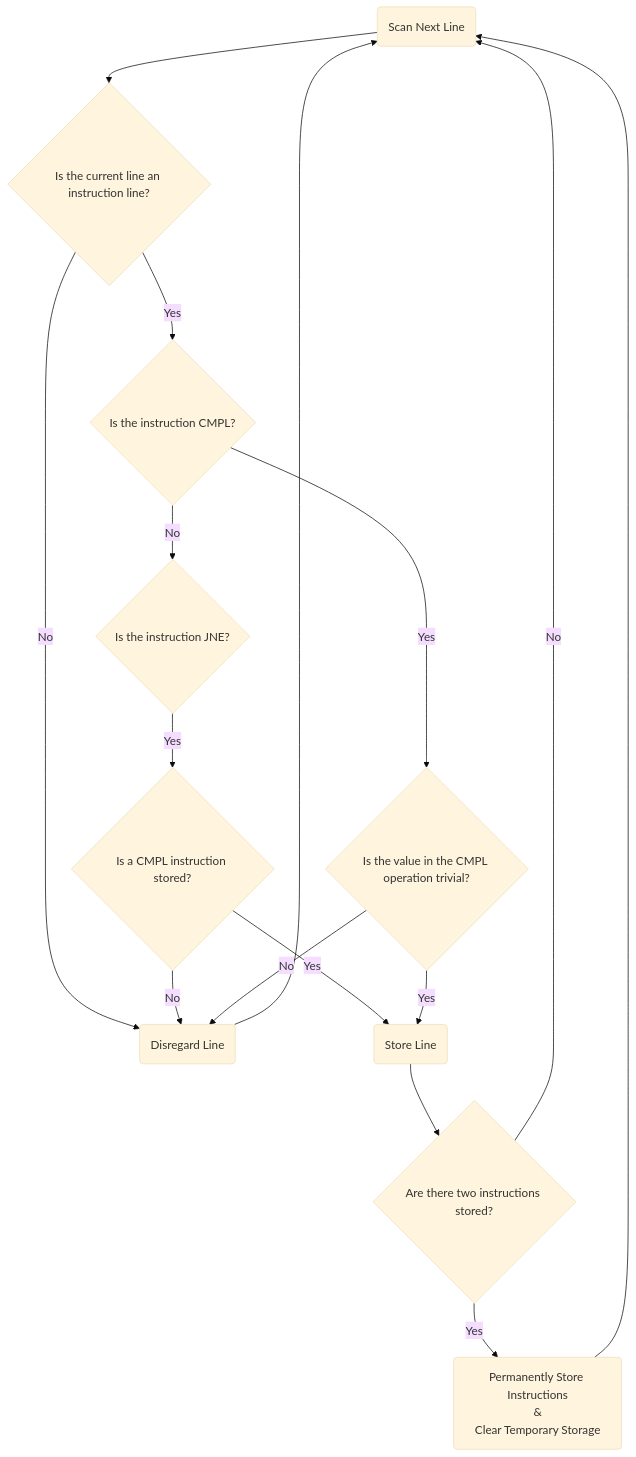
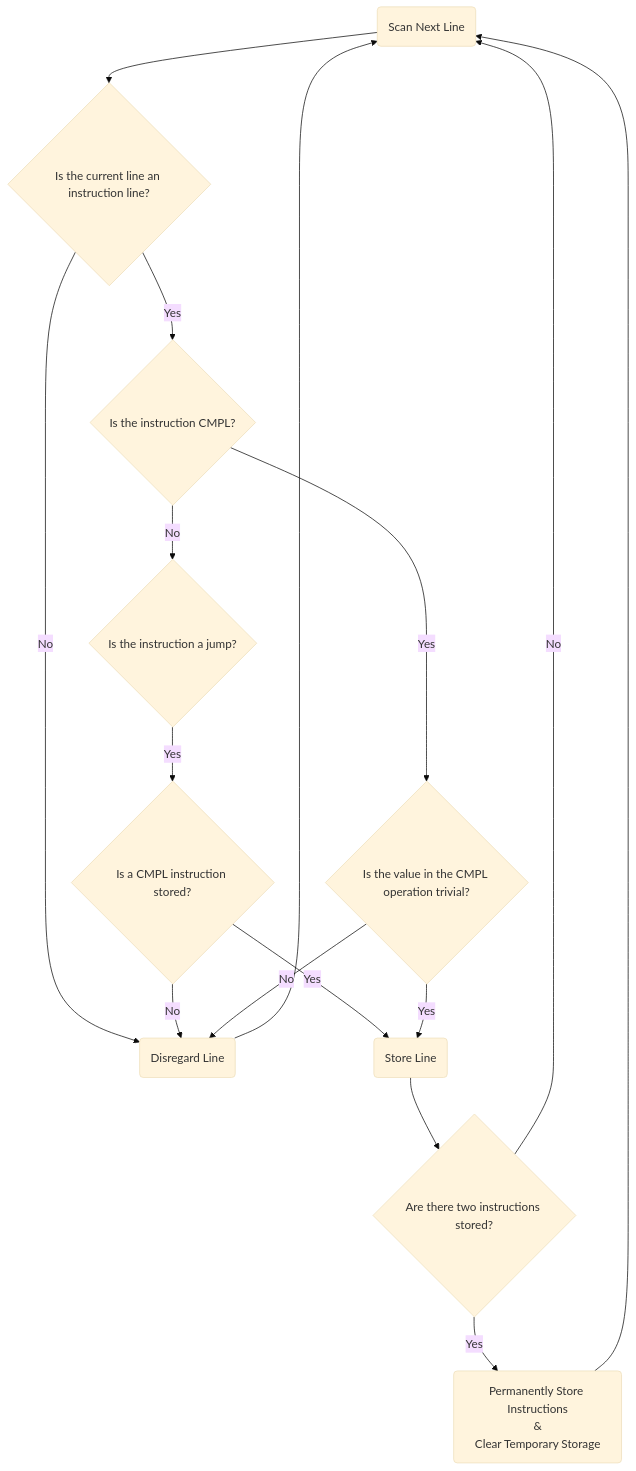
Before and after one commit to UCdasec/FaultArm: the second of 2 diagrams in docs/branch_detection.md, drawn with Mermaid (base theme). The commit also changed other lines of this file, not shown here.

````diff
--- a/docs/branch_detection.md
+++ b/docs/branch_detection.md
@@ -186,32 +192,32 @@
 ```mermaid
 flowchart TD
 
 Read_Line("Scan Next Line")
 Read_Line --> Instruction_Line
 
 Disregard("Disregard Line") --> Read_Line
 
 Instruction_Line{"Is the current line an instruction line?"}
 Instruction_Line -- Yes --> Compare{"Is the instruction CMPL?"}
 Instruction_Line -- No --> Disregard
 
-Compare -- No --> Jump{"Is the instruction JNE?"}
+Compare -- No --> Jump{"Is the instruction a jump?"}
 Jump -- Yes --> After_Compare{"Is a CMPL instruction stored?"}
 After_Compare -- Yes --> Store
 After_Compare -- No --> Disregard
 
 
 Compare -- Yes --> Trivial{"Is the value in the CMPL operation trivial?"}
 
 
 Trivial -- Yes --> Store("Store Line")
 Trivial -- No --> Disregard
 
 Store --> Pattern_Complete{"Are there two instructions stored?"}
 Pattern_Complete -- Yes --> Store_Permanent("`Permanently Store Instructions
 &
 Clear Temporary Storage`")
 Pattern_Complete -- No --> Read_Line
 
 Store_Permanent --> Read_Line
 ```
````
